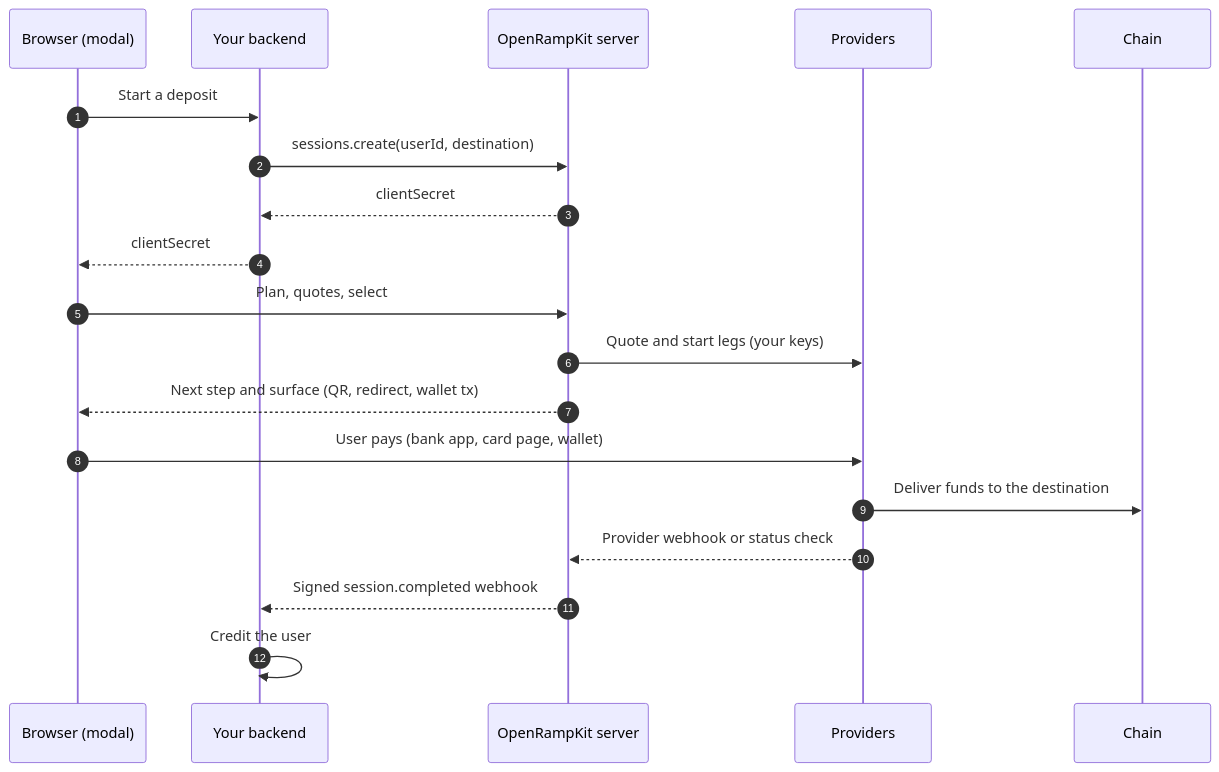
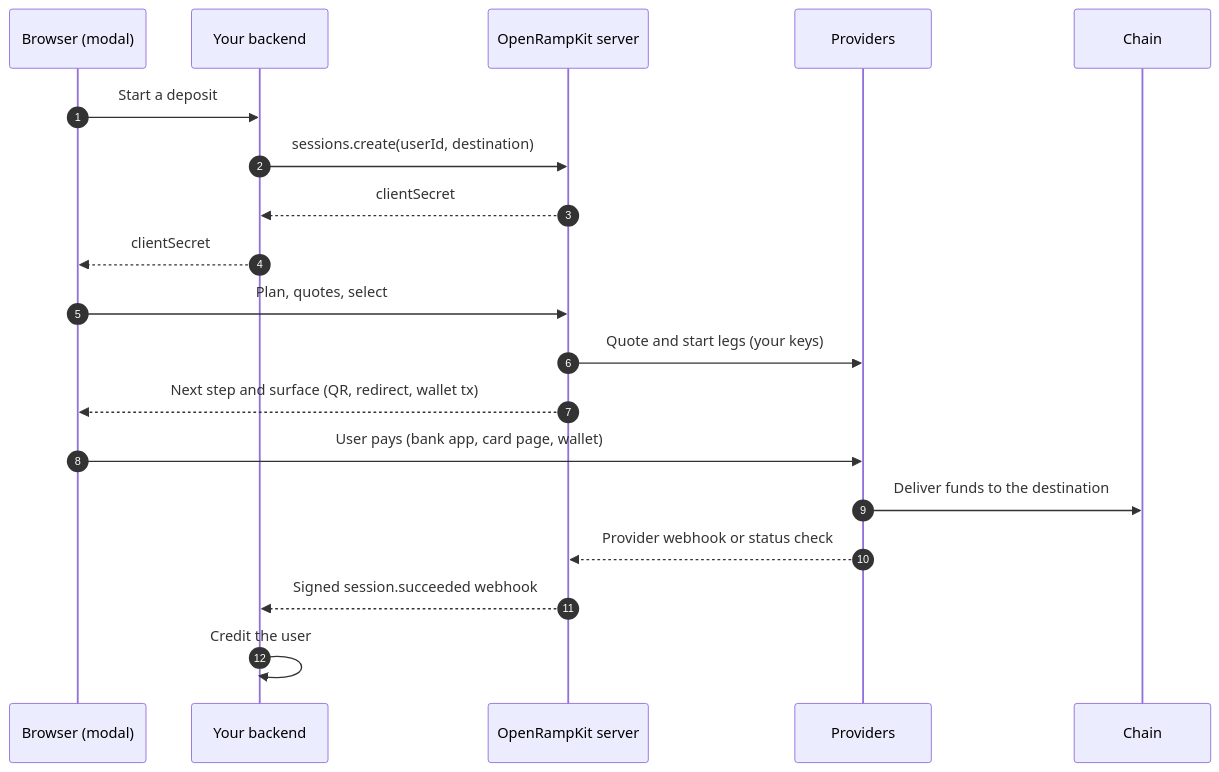
The diagram in README.md (yosriady/openrampkit), drawn with Mermaid before and after one commit. The commit also changed other lines of this file and 119 other files, not shown here.

````diff
--- a/README.md
+++ b/README.md
@@ -236,21 +236,21 @@
 ```mermaid
 sequenceDiagram
     autonumber
     participant B as Browser (modal)
     participant A as Your backend
     participant S as OpenRampKit server
     participant P as Providers
     participant C as Chain
     B->>A: Start a deposit
     A->>S: sessions.create(userId, destination)
     S-->>A: clientSecret
     A-->>B: clientSecret
     B->>S: Plan, quotes, select
     S->>P: Quote and start legs (your keys)
     S-->>B: Next step and surface (QR, redirect, wallet tx)
     B->>P: User pays (bank app, card page, wallet)
     P->>C: Deliver funds to the destination
     P-->>S: Provider webhook or status check
-    S-->>A: Signed session.completed webhook
+    S-->>A: Signed session.succeeded webhook
     A->>A: Credit the user
 ```
````
